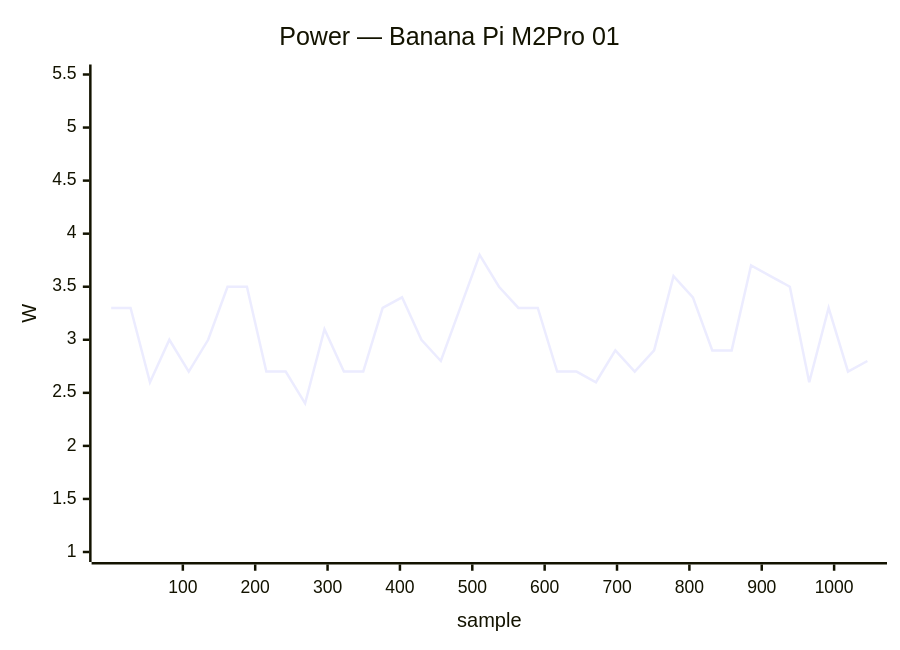
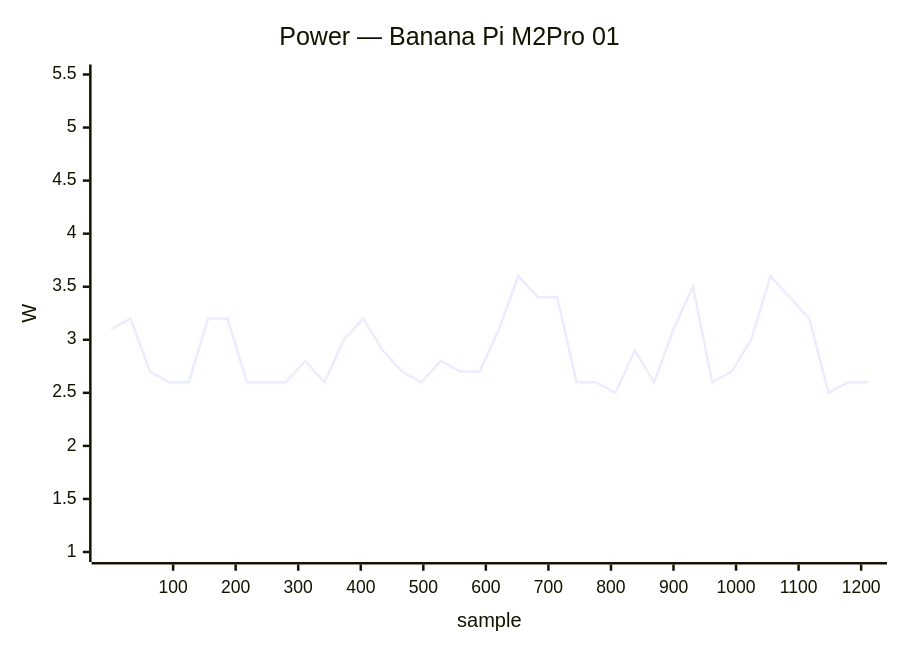
One commit to armbian/documentation changed diagram 11 of 40 in docs/status/board-tests.md. Above: the diagram before and after it, drawn with Mermaid. The commit also changed other lines of this file, not shown here.

````diff
--- a/docs/status/board-tests.md
+++ b/docs/status/board-tests.md
@@ -259,7 +476,7 @@
 ```mermaid
 xychart-beta
     title "Power — Banana Pi M2Pro 01"
-    x-axis "sample" 1 --> 1046
+    x-axis "sample" 1 --> 1210
     y-axis "W" 1.0 --> 5.5
-    line [3.3, 3.3, 2.6, 3.0, 2.7, 3.0, 3.5, 3.5, 2.7, 2.7, 2.4, 3.1, 2.7, 2.7, 3.3, 3.4, 3.0, 2.8, 3.3, 3.8, 3.5, 3.3, 3.3, 2.7, 2.7, 2.6, 2.9, 2.7, 2.9, 3.6, 3.4, 2.9, 2.9, 3.7, 3.6, 3.5, 2.6, 3.3, 2.7, 2.8]
+    line [3.1, 3.2, 2.7, 2.6, 2.6, 3.2, 3.2, 2.6, 2.6, 2.6, 2.8, 2.6, 3.0, 3.2, 2.9, 2.7, 2.6, 2.8, 2.7, 2.7, 3.1, 3.6, 3.4, 3.4, 2.6, 2.6, 2.5, 2.9, 2.6, 3.1, 3.5, 2.6, 2.7, 3.0, 3.6, 3.4, 3.2, 2.5, 2.6, 2.6]
 ```
````
